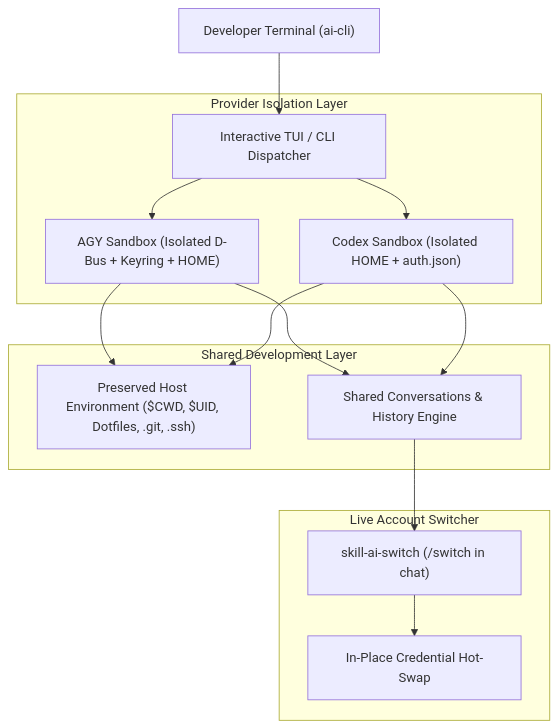
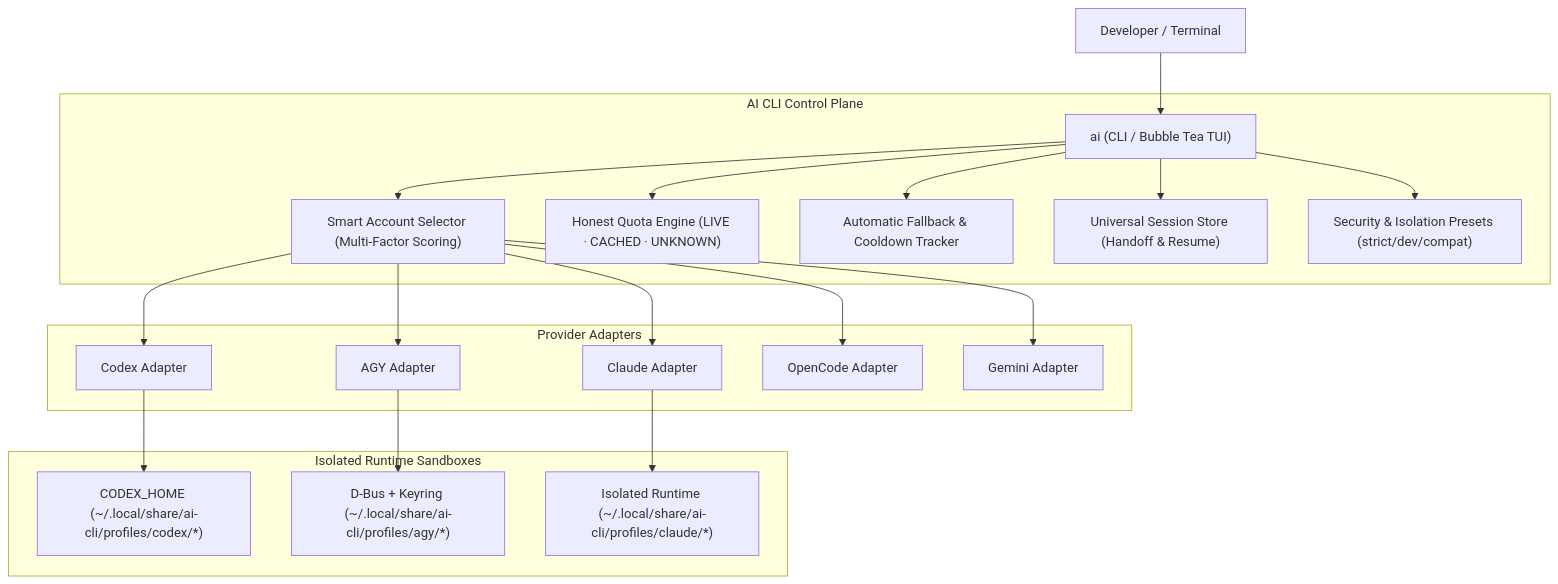
One commit to kivervinicius/ai-cli changed the diagram in README.en.md. Above: the diagram before and after it, drawn with Mermaid. The commit also changed other lines of this file and 59 other files, not shown here.

First line of the commit message:
feat: transform into local control plane for AI coding CLIs

````diff
--- a/README.en.md
+++ b/README.en.md
@@ -166,21 +231,26 @@
 ```mermaid
 graph TD
-    User["Developer Terminal (ai-cli)"] --> TUI["Interactive TUI / CLI Dispatcher"]
+    User["Developer / Terminal"] --> Entrypoint["ai (CLI / Bubble Tea TUI)"]
     
-    subgraph "Provider Isolation Layer"
-        TUI --> AGY_Sand["AGY Sandbox (Isolated D-Bus + Keyring + HOME)"]
-        TUI --> CDX_Sand["Codex Sandbox (Isolated HOME + auth.json)"]
+    subgraph Control_Plane["AI CLI Control Plane"]
+        Entrypoint --> Scheduler["Smart Account Selector (Multi-Factor Scoring)"]
+        Entrypoint --> QuotaEngine["Honest Quota Engine (LIVE · CACHED · UNKNOWN)"]
+        Entrypoint --> FallbackExec["Automatic Fallback & Cooldown Tracker"]
+        Entrypoint --> SessionIndex["Universal Session Store (Handoff & Resume)"]
+        Entrypoint --> SecurityLayer["Security & Isolation Presets (strict/dev/compat)"]
     end
     
-    subgraph "Shared Development Layer"
-        AGY_Sand --> HostEnv["Preserved Host Environment ($CWD, $UID, Dotfiles, .git, .ssh)"]
-        CDX_Sand --> HostEnv
-        AGY_Sand --> ConvEngine["Shared Conversations & History Engine"]
-        CDX_Sand --> ConvEngine
+    subgraph Provider_Adapters["Provider Adapters"]
+        Scheduler --> CodexAd["Codex Adapter"]
+        Scheduler --> AgyAd["AGY Adapter"]
+        Scheduler --> ClaudeAd["Claude Adapter"]
+        Scheduler --> OpenCodeAd["OpenCode Adapter"]
+        Scheduler --> GeminiAd["Gemini Adapter"]
     end
     
-    subgraph "Live Account Switcher"
-        ConvEngine --> Skill["skill-ai-switch (/switch in chat)"]
-        Skill --> InPlaceSwap["In-Place Credential Hot-Swap"]
+    subgraph Sandboxes["Isolated Runtime Sandboxes"]
+        CodexAd --> CodexHome["CODEX_HOME (~/.local/share/ai-cli/profiles/codex/*)"]
+        AgyAd --> AgyHome["D-Bus + Keyring (~/.local/share/ai-cli/profiles/agy/*)"]
+        ClaudeAd --> ClaudeHome["Isolated Runtime (~/.local/share/ai-cli/profiles/claude/*)"]
     end
 ```
````
